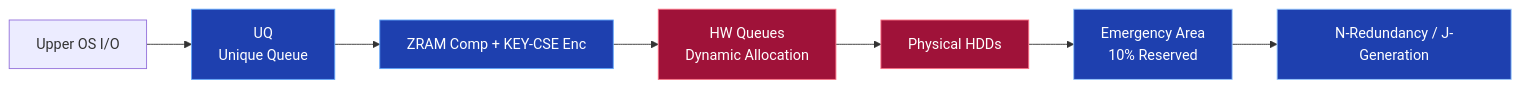
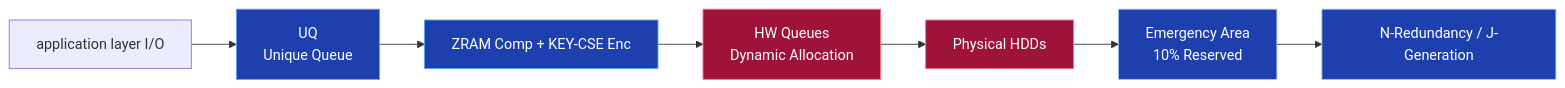
Before and after one commit to elementary-particles-Man/TUFF-OS-ISO: the second of 3 diagrams in MANUALS/TUFF-OS_General_Manual.md, drawn with Mermaid. The commit also changed other lines of this file and 41 other files, not shown here.

Commit message:
DOCS: Comprehensive overhaul of manuals to reflect Pure Rust Bare-metal Sovereign Core and ZRAM architecture.

````diff
--- a/MANUALS/TUFF-OS_General_Manual.md
+++ b/MANUALS/TUFF-OS_General_Manual.md
@@ -58,18 +58,18 @@
 ```mermaid
 flowchart LR
-    A[Upper OS I/O] --> B[UQ\nUnique Queue]
+    A[application layer I/O] --> B[UQ\nUnique Queue]
     B --> C[ZRAM Comp + KEY-CSE Enc]
     C --> D[HW Queues\nDynamic Allocation]
     D --> E[Physical HDDs]
     E --> F[Emergency Area\n10% Reserved]
     F --> G[N-Redundancy / J-Generation]
 
     classDef queue fill:#1e40af,color:#fff,stroke:#60a5fa
     classDef crypto fill:#166534,color:#fff,stroke:#4ade80
     classDef hw fill:#9f1239,color:#fff,stroke:#fb7185
     classDef backup fill:#1e40af,color:#fff,stroke:#93c5fd
 
     class B,C queue
     class D,E hw
     class F,G backup
 ```
````
